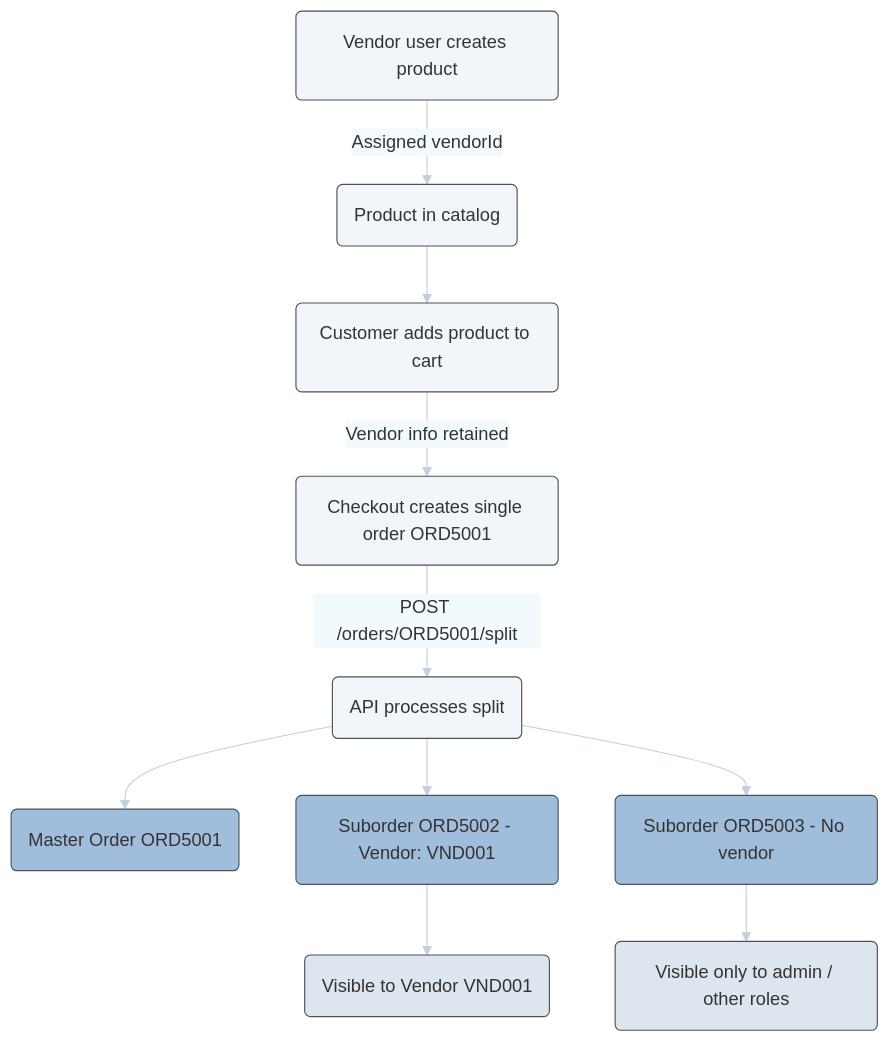
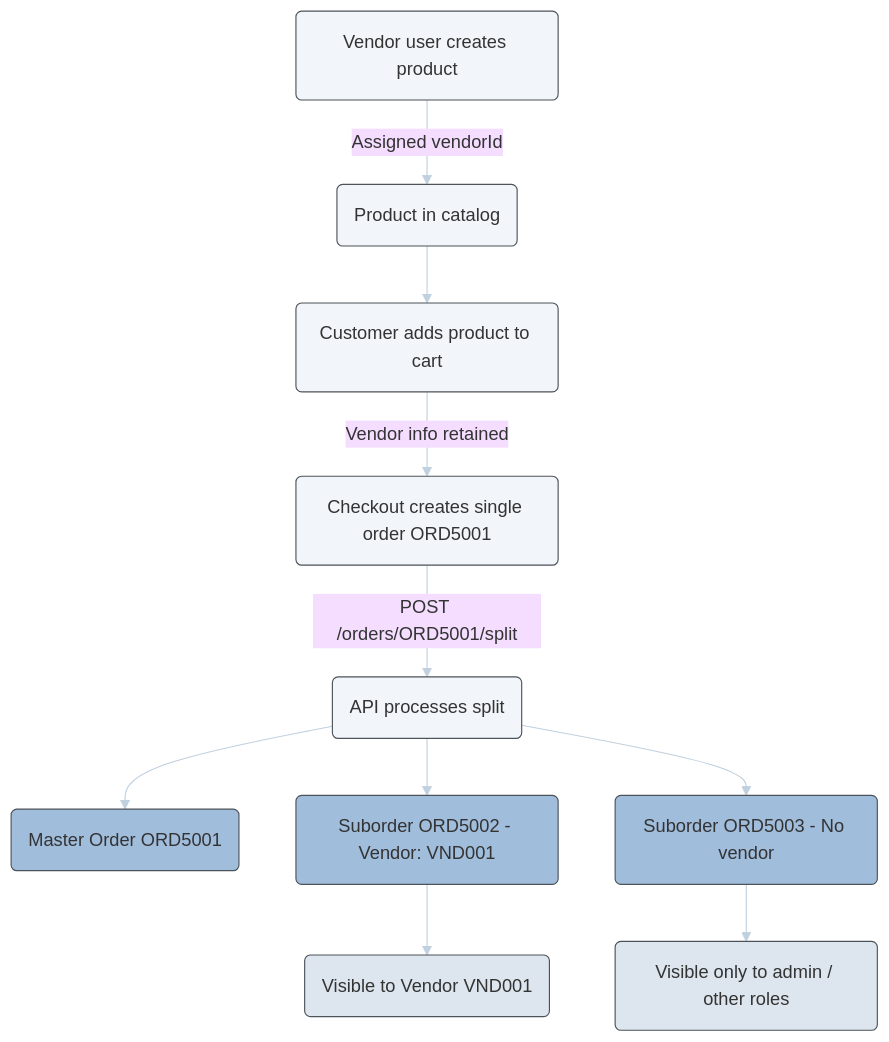
Before and after one commit to emporix/api-references: the diagram in companies-and-customers/vendor-service/vendor.md, drawn with Mermaid.

````diff
--- a/companies-and-customers/vendor-service/vendor.md
+++ b/companies-and-customers/vendor-service/vendor.md
@@ -344,48 +344,46 @@
 ```mermaid
 ---
 config:
   layout: fixed
   theme: base
   look: classic
   themeVariables:
     background: transparent
     lineColor: "#C0D0DF"
     arrowheadColor: "#C0D0DF"
-    edgeLabelBackground: "#F2FAFE"
-    edgeLabelTextColor: "#4C5359"
 ---
 flowchart TD
     A[Vendor user creates product] -->|Assigned vendorId| B[Product in catalog]
     B --> C[Customer adds product to cart]
     C -->|Vendor info retained| D[Checkout creates single order ORD5001]
     D -->|POST /orders/ORD5001/split| E[API processes split]
     E --> F[Master Order ORD5001]
     E --> G[Suborder ORD5002 - Vendor: VND001]
     E --> H[Suborder ORD5003 - No vendor]
     G --> I[Visible to Vendor VND001]
     H --> J[Visible only to admin / other roles]
       A@{ shape: rounded}
       B@{ shape: rounded}
       C@{ shape: rounded}
       D@{ shape: rounded}
       E@{ shape: rounded}
       F@{ shape: rounded}
       G@{ shape: rounded}
       H@{ shape: rounded}
       I@{ shape: rounded}
       J@{ shape: rounded}
       A:::Class_04
       B:::Class_04
       C:::Class_04
       D:::Class_04
       E:::Class_04
       F:::Class_01
       G:::Class_01
       H:::Class_01
       I:::Class_02
       J:::Class_02
     classDef Class_02 stroke-width:1px, stroke-dasharray: 0, stroke:#4C5359, fill:#DDE6EE
     classDef Class_01 stroke-width:1px, stroke-dasharray: 0, stroke:#4C5359, fill:#A1BDDC
     classDef Class_03 stroke-width:1px, stroke-dasharray: 0, stroke:#3b73bb, fill:#3b73bb
     classDef Class_04 fill:#F2F6FA, stroke:#4C5359
 ```
````
